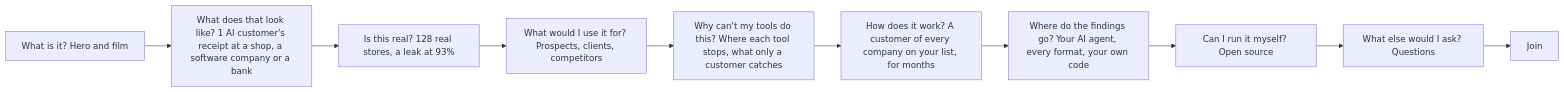
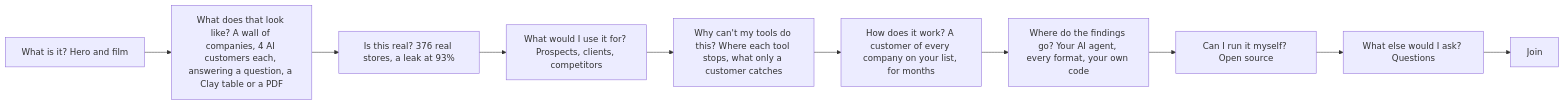
The second of 2 diagrams in COPY.md (UseObsession/homepage), drawn with Mermaid before and after one commit. The commit also changed other lines of this file and 4 other files, not shown here.

First line of the commit message:
What does that look like?: the wall, in place of the receipt; Is this real?: 376 stores

````diff
--- a/COPY.md
+++ b/COPY.md
@@ -163,11 +163,11 @@
 ```mermaid
 flowchart LR
-  a["What is it? Hero and film"] --> l["What does that look like? 1 AI customer's receipt at a shop, a software company or a bank"]
-  l --> b["Is this real? 128 real stores, a leak at 93%"]
+  a["What is it? Hero and film"] --> l["What does that look like? A wall of companies, 4 AI customers each, answering a question, a Clay table or a PDF"]
+  l --> b["Is this real? 376 real stores, a leak at 93%"]
   b --> e["What would I use it for? Prospects, clients, competitors"]
   e --> d["Why can't my tools do this? Where each tool stops, what only a customer catches"]
   d --> c["How does it work? A customer of every company on your list, for months"]
   c --> c2["Where do the findings go? Your AI agent, every format, your own code"]
   c2 --> o["Can I run it myself? Open source"]
   o --> j["What else would I ask? Questions"] --> k["Join"]
 ```
````
